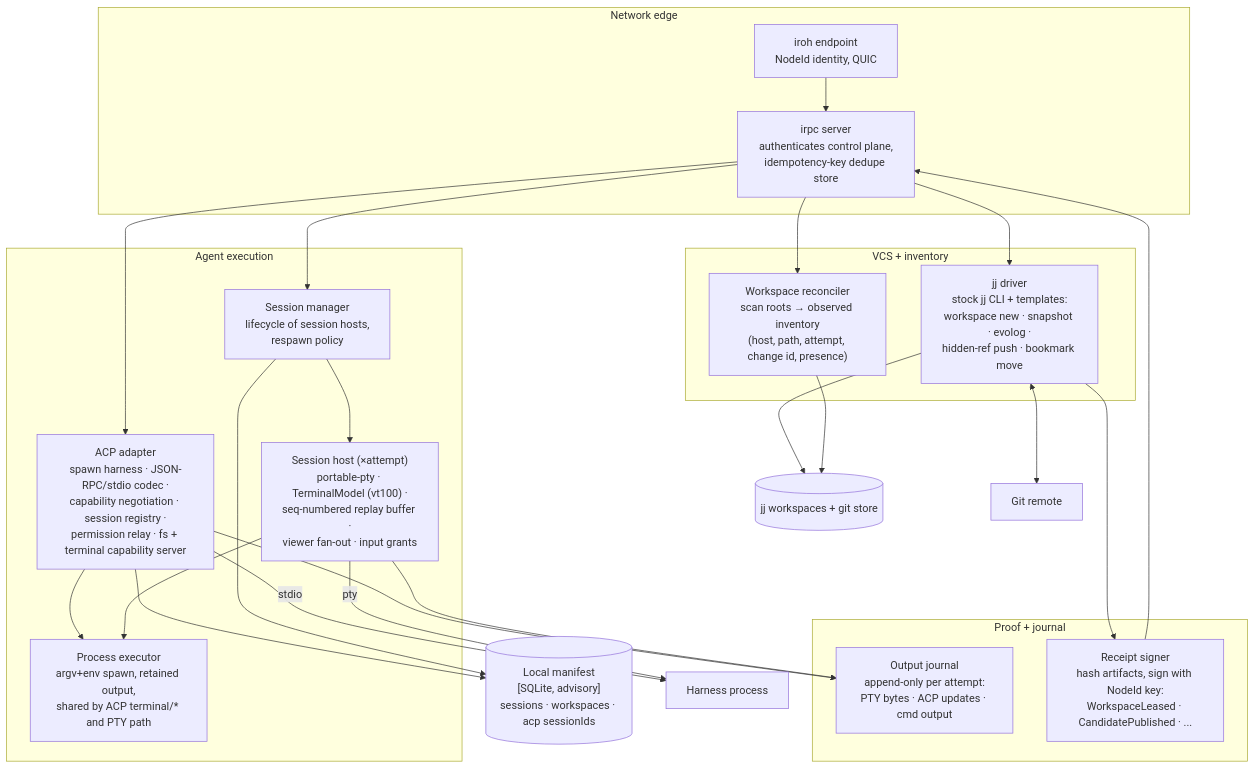
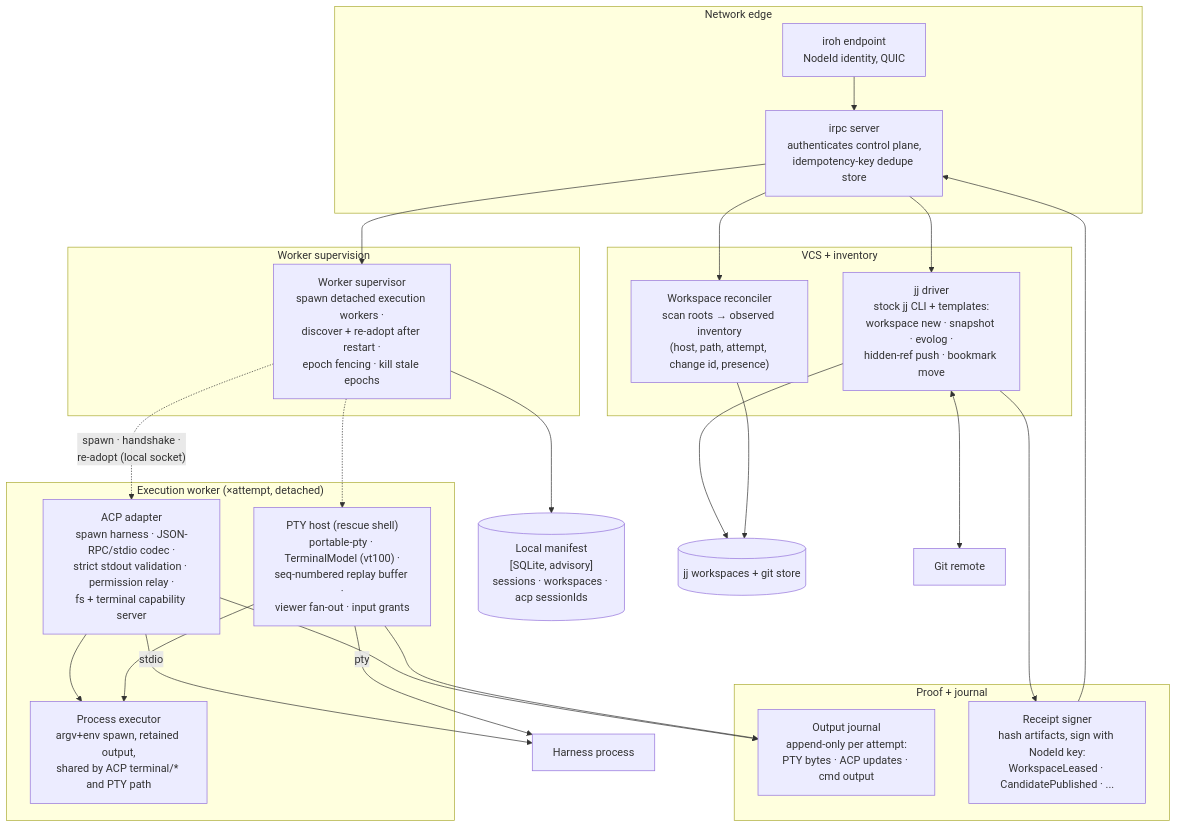
The second of 2 diagrams in docs/v2/c3-components.md (stepandra/kanban), drawn with Mermaid before and after one commit. The commit also changed other lines of this file and 5 other files, not shown here.

Commit message:
docs(v2): add greenfield Gleam/BEAM architecture (C1-C4 + implementation slices)

````diff
--- a/docs/v2/c3-components.md
+++ b/docs/v2/c3-components.md
@@ -75,48 +78,51 @@
 ```mermaid
 flowchart TB
     subgraph net["Network edge"]
         ep["iroh endpoint<br/>NodeId identity, QUIC"]
         rpc["irpc server<br/>authenticates control plane,<br/>idempotency-key dedupe store"]
     end
 
-    subgraph exec["Agent execution"]
-        acp["ACP adapter<br/>spawn harness · JSON-RPC/stdio codec ·<br/>capability negotiation · session registry ·<br/>permission relay · fs + terminal capability server"]
-        smgr["Session manager<br/>lifecycle of session hosts,<br/>respawn policy"]
-        shost["Session host (×attempt)<br/>portable-pty · TerminalModel (vt100) ·<br/>seq-numbered replay buffer ·<br/>viewer fan-out · input grants"]
+    subgraph exec["Worker supervision"]
+        wsup["Worker supervisor<br/>spawn detached execution workers ·<br/>discover + re-adopt after restart ·<br/>epoch fencing · kill stale epochs"]
+    end
+
+    subgraph worker["Execution worker (×attempt, detached)"]
+        acp["ACP adapter<br/>spawn harness · JSON-RPC/stdio codec ·<br/>strict stdout validation · permission relay ·<br/>fs + terminal capability server"]
+        shost["PTY host (rescue shell)<br/>portable-pty · TerminalModel (vt100) ·<br/>seq-numbered replay buffer ·<br/>viewer fan-out · input grants"]
         procs["Process executor<br/>argv+env spawn, retained output,<br/>shared by ACP terminal/* and PTY path"]
     end
 
     subgraph vcs["VCS + inventory"]
         jjd["jj driver<br/>stock jj CLI + templates:<br/>workspace new · snapshot · evolog ·<br/>hidden-ref push · bookmark move"]
         inv["Workspace reconciler<br/>scan roots → observed inventory<br/>(host, path, attempt, change id, presence)"]
     end
 
     subgraph proof["Proof + journal"]
         journal["Output journal<br/>append-only per attempt:<br/>PTY bytes · ACP updates · cmd output"]
         rcpt["Receipt signer<br/>hash artifacts, sign with NodeId key:<br/>WorkspaceLeased · CandidatePublished · ..."]
     end
 
     manifest[("Local manifest<br/>[SQLite, advisory]<br/>sessions · workspaces · acp sessionIds")]
     agent["Harness process"]
     repo[("jj workspaces + git store")]
     remote["Git remote"]
 
     ep --> rpc
-    rpc --> acp
-    rpc --> smgr --> shost
+    rpc --> wsup
+    wsup -.->|"spawn · handshake ·<br/>re-adopt (local socket)"| acp
+    wsup -.-> shost
     rpc --> jjd
     rpc --> inv
     acp --> procs
     shost --> procs
     acp -->|stdio| agent
     shost -->|pty| agent
     acp --> journal
     shost --> journal
     jjd --> repo
     inv --> repo
     jjd <--> remote
     jjd --> rcpt
-    acp --> manifest
-    smgr --> manifest
+    wsup --> manifest
     rcpt --> rpc
 ```
````
